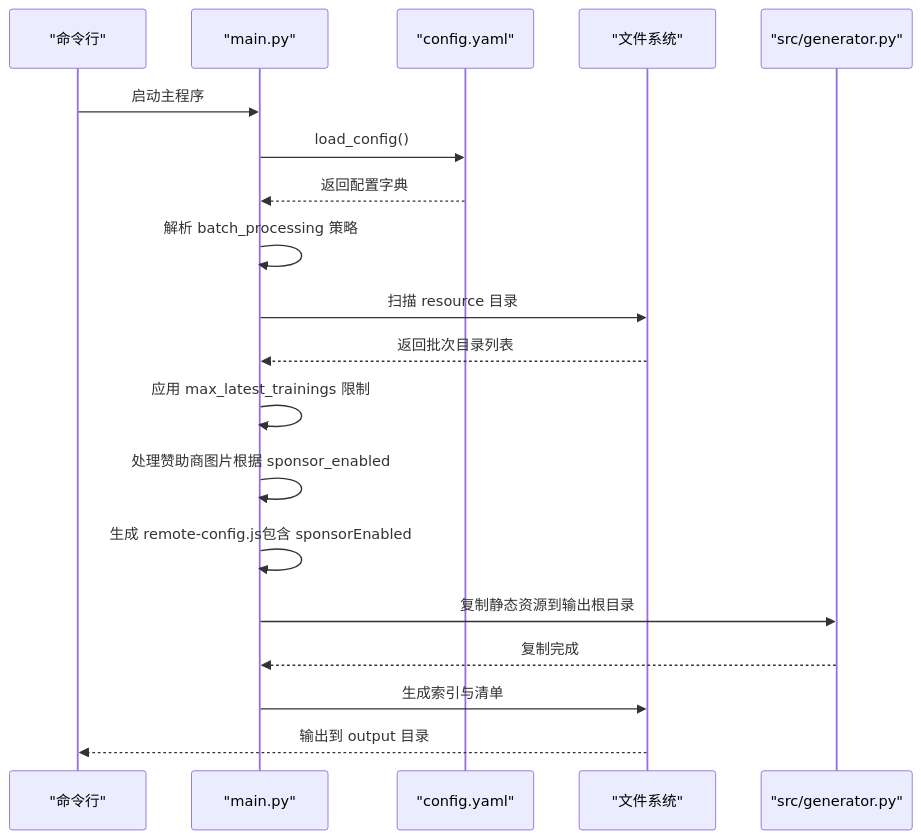
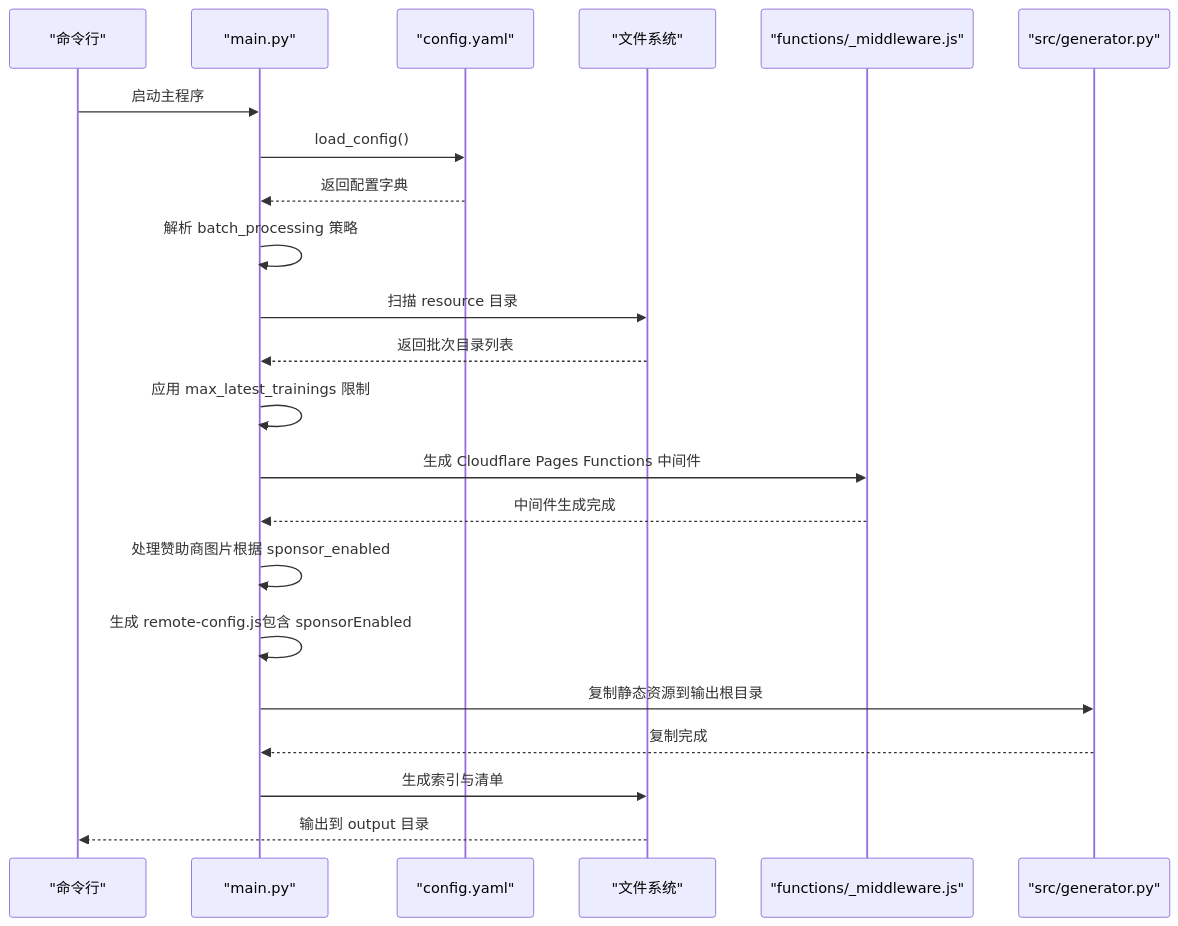
The second of 6 diagrams in .qoder/repowiki/zh/content/批量处理系统/配置管理.md (zhao-zg/cx), drawn with Mermaid before and after one commit. The commit also changed other lines of this file and 36 other files, not shown here.

````diff
--- a/.qoder/repowiki/zh/content/批量处理系统/配置管理.md
+++ b/.qoder/repowiki/zh/content/批量处理系统/配置管理.md
@@ -131,21 +141,24 @@
 ```mermaid
 sequenceDiagram
 participant CLI as "命令行"
 participant Main as "main.py"
 participant Cfg as "config.yaml"
 participant FS as "文件系统"
+participant MW as "functions/_middleware.js"
 participant Gen as "src/generator.py"
 CLI->>Main : 启动主程序
 Main->>Cfg : load_config()
 Cfg-->>Main : 返回配置字典
 Main->>Main : 解析 batch_processing 策略
 Main->>FS : 扫描 resource 目录
 FS-->>Main : 返回批次目录列表
 Main->>Main : 应用 max_latest_trainings 限制
+Main->>MW : 生成 Cloudflare Pages Functions 中间件
+MW-->>Main : 中间件生成完成
 Main->>Main : 处理赞助商图片根据 sponsor_enabled
 Main->>Main : 生成 remote-config.js包含 sponsorEnabled
 Main->>Gen : 复制静态资源到输出根目录
 Gen-->>Main : 复制完成
 Main->>FS : 生成索引与清单
 FS-->>CLI : 输出到 output 目录
 ```
````
